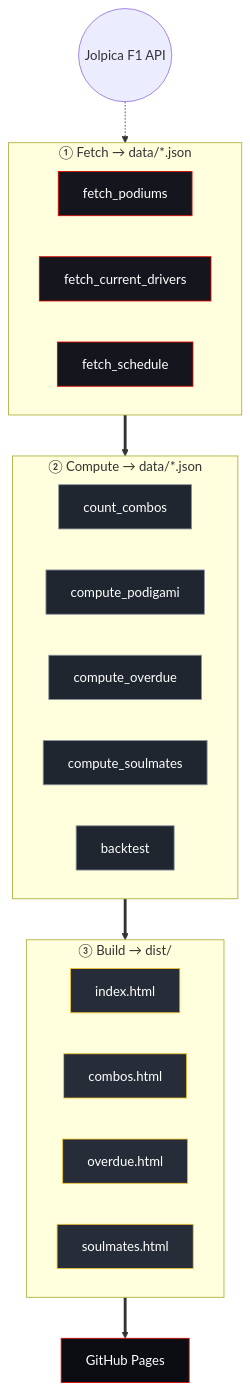
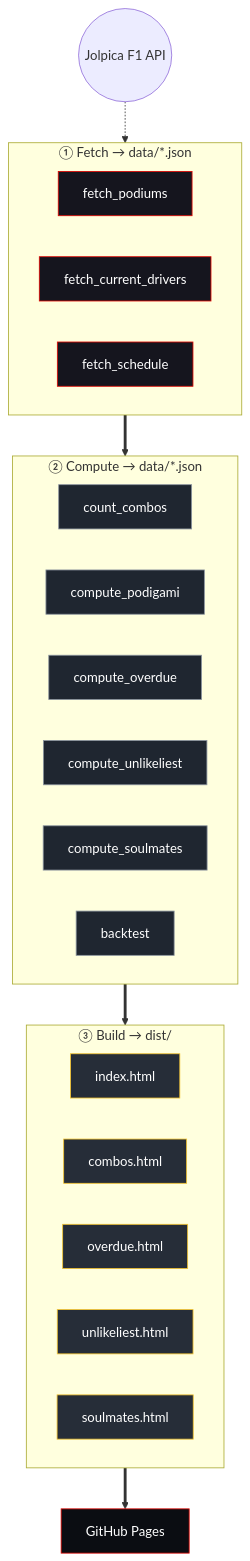
One commit to NikoKiru/f1podigami changed the first of 2 diagrams in README.md. Above: the diagram before and after it, drawn with Mermaid. The commit also changed other lines of this file and 2 other files, not shown here.

````diff
--- a/README.md
+++ b/README.md
@@ -88,42 +92,44 @@
 ```mermaid
 flowchart TD
     classDef fetch fill:#15151E,stroke:#e10600,color:#fff
     classDef compute fill:#1f2630,stroke:#8b949e,color:#fff
     classDef build fill:#262d38,stroke:#f4c430,color:#fff
     classDef page fill:#0b0d12,stroke:#e10600,color:#fff
     classDef json fill:#161b22,stroke:#58a6ff,color:#8b949e
 
     API(("Jolpica F1 API"))
 
     subgraph FETCH ["① Fetch  →  data/*.json"]
         direction LR
         FP["fetch_podiums"]:::fetch
         FG["fetch_current_drivers"]:::fetch
         FS["fetch_schedule"]:::fetch
     end
 
     API -.-> FETCH
 
     subgraph COMPUTE ["② Compute  →  data/*.json"]
         direction LR
         CC["count_combos"]:::compute
         CP["compute_podigami"]:::compute
         CO["compute_overdue"]:::compute
+        CU["compute_unlikeliest"]:::compute
         CM["compute_soulmates"]:::compute
         BT["backtest"]:::compute
     end
 
     FETCH ==> COMPUTE
 
     subgraph BUILD ["③ Build  →  dist/"]
         direction LR
         BP["index.html"]:::build
         BC["combos.html"]:::build
         BO["overdue.html"]:::build
+        BU["unlikeliest.html"]:::build
         BS["soulmates.html"]:::build
     end
 
     COMPUTE ==> BUILD
 
     BUILD ==> GH["GitHub Pages"]:::page
 ```
````
